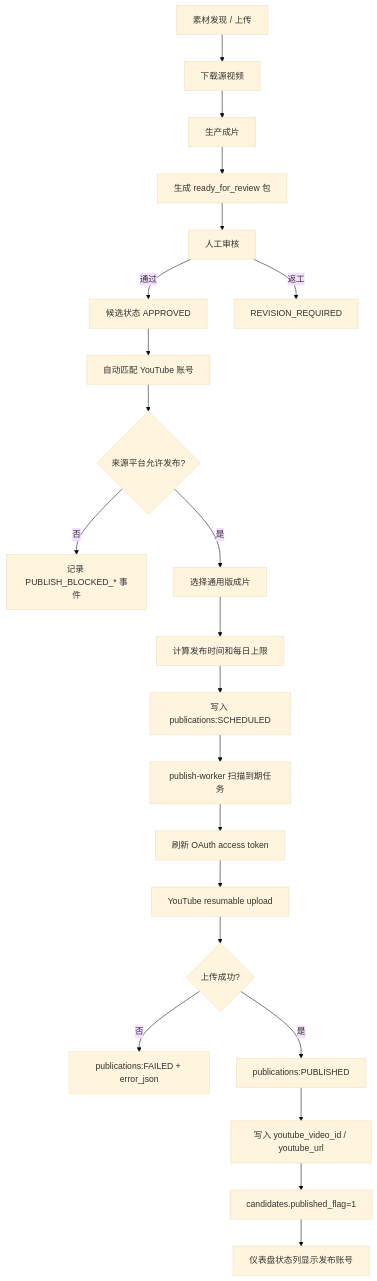
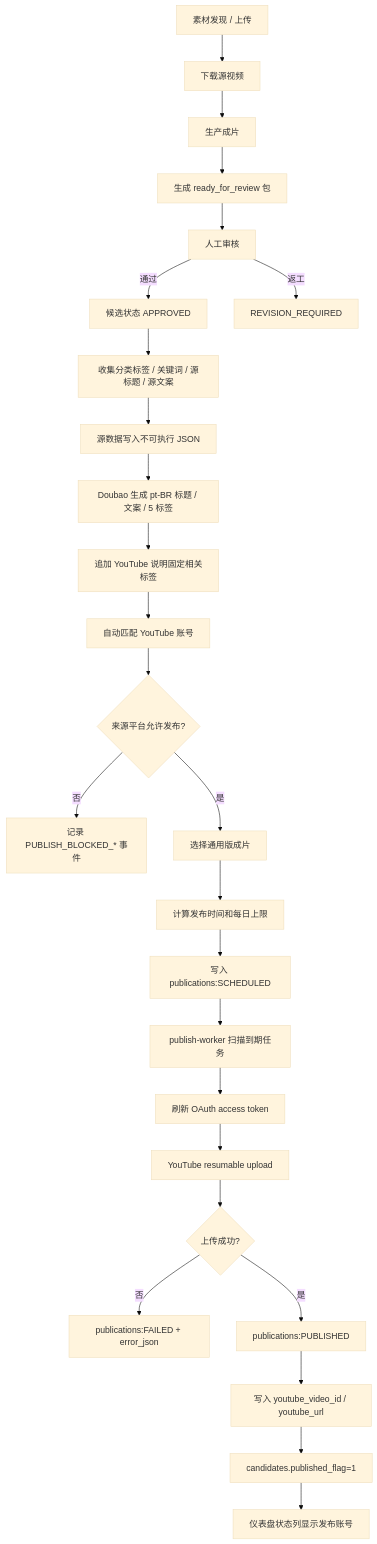
Before and after one commit to 0925lyz/Video-creation-automation: the first of 2 diagrams in 自动发布/YouTube自动发布/流程图.md, drawn with Mermaid (base theme). The commit also changed other lines of this file and 10 other files, not shown here.

Commit message:
docs: package youtube auto publish workflow

````diff
--- a/自动发布/YouTube自动发布/流程图.md
+++ b/自动发布/YouTube自动发布/流程图.md
@@ -3,24 +3,28 @@
 ```mermaid
 flowchart TD
   A["素材发现 / 上传"] --> B["下载源视频"]
   B --> C["生产成片"]
   C --> D["生成 ready_for_review 包"]
   D --> E["人工审核"]
   E -->|通过| F["候选状态 APPROVED"]
   E -->|返工| G["REVISION_REQUIRED"]
-  F --> H["自动匹配 YouTube 账号"]
-  H --> I{"来源平台允许发布?"}
-  I -->|否| J["记录 PUBLISH_BLOCKED_* 事件"]
-  I -->|是| K["选择通用版成片"]
-  K --> L["计算发布时间和每日上限"]
-  L --> M["写入 publications:SCHEDULED"]
-  M --> N["publish-worker 扫描到期任务"]
-  N --> O["刷新 OAuth access token"]
-  O --> P["YouTube resumable upload"]
-  P --> Q{"上传成功?"}
-  Q -->|否| R["publications:FAILED + error_json"]
-  Q -->|是| S["publications:PUBLISHED"]
-  S --> T["写入 youtube_video_id / youtube_url"]
-  T --> U["candidates.published_flag=1"]
-  U --> V["仪表盘状态列显示发布账号"]
+  F --> H["收集分类标签 / 关键词 / 源标题 / 源文案"]
+  H --> I["源数据写入不可执行 JSON"]
+  I --> J["Doubao 生成 pt-BR 标题 / 文案 / 5 标签"]
+  J --> K["追加 YouTube 说明固定相关标签"]
+  K --> L["自动匹配 YouTube 账号"]
+  L --> M{"来源平台允许发布?"}
+  M -->|否| N["记录 PUBLISH_BLOCKED_* 事件"]
+  M -->|是| O["选择通用版成片"]
+  O --> P["计算发布时间和每日上限"]
+  P --> Q["写入 publications:SCHEDULED"]
+  Q --> R["publish-worker 扫描到期任务"]
+  R --> S["刷新 OAuth access token"]
+  S --> T["YouTube resumable upload"]
+  T --> U{"上传成功?"}
+  U -->|否| V["publications:FAILED + error_json"]
+  U -->|是| W["publications:PUBLISHED"]
+  W --> X["写入 youtube_video_id / youtube_url"]
+  X --> Y["candidates.published_flag=1"]
+  Y --> Z["仪表盘状态列显示发布账号"]
 ```
````
